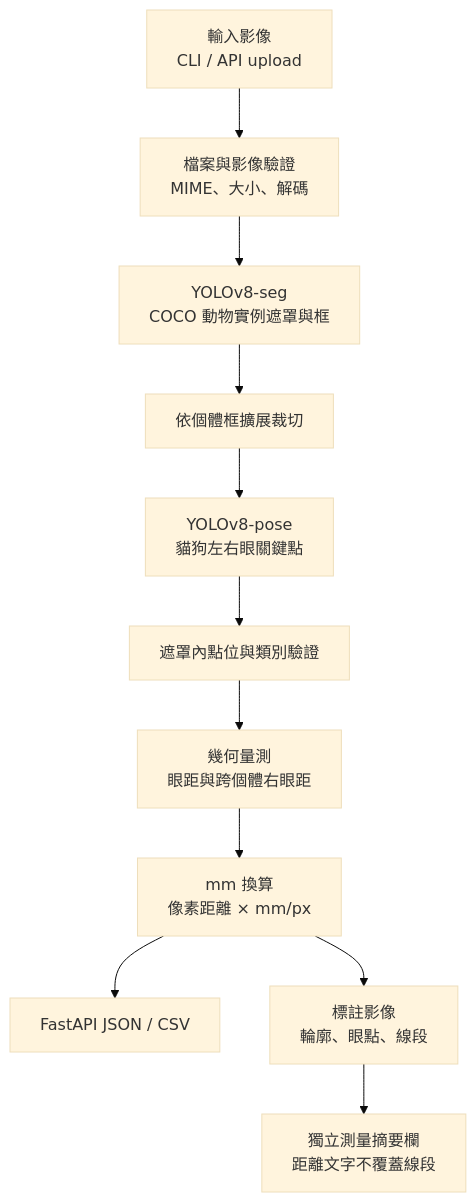
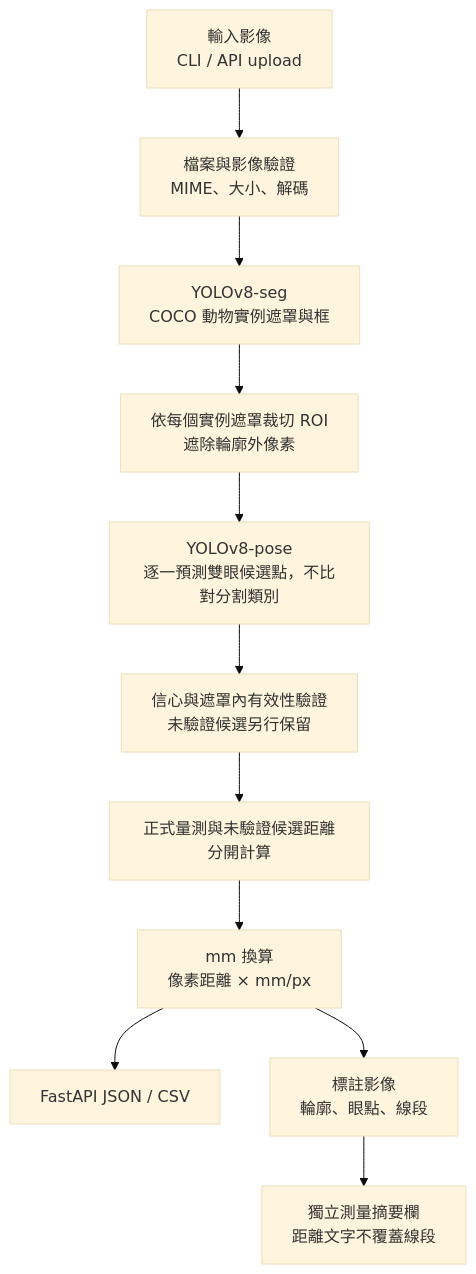
Before and after one commit to KadyTseng/animal-metrology-cv: the diagram in docs/system_architecture.mmd, drawn with Mermaid (base theme). The commit also changed 8 other files, not shown here.

```diff
--- a/docs/system_architecture.mmd
+++ b/docs/system_architecture.mmd
@@ -1,11 +1,11 @@
 flowchart TD
     I["輸入影像<br/>CLI / API upload"] --> V["檔案與影像驗證<br/>MIME、大小、解碼"]
     V --> S["YOLOv8-seg<br/>COCO 動物實例遮罩與框"]
-    S --> C["依個體框擴展裁切"]
-    C --> P["YOLOv8-pose<br/>貓狗左右眼關鍵點"]
-    P --> M["遮罩內點位與類別驗證"]
-    M --> D["幾何量測<br/>眼距與跨個體右眼距"]
+    S --> C["依每個實例遮罩裁切 ROI<br/>遮除輪廓外像素"]
+    C --> P["YOLOv8-pose<br/>逐一預測雙眼候選點，不比對分割類別"]
+    P --> M["信心與遮罩內有效性驗證<br/>未驗證候選另行保留"]
+    M --> D["正式量測與未驗證候選距離分開計算"]
     D --> R["mm 換算<br/>像素距離 × mm/px"]
     R --> J["FastAPI JSON / CSV"]
     R --> A["標註影像<br/>輪廓、眼點、線段"]
     A --> L["獨立測量摘要欄<br/>距離文字不覆蓋線段"]
```
